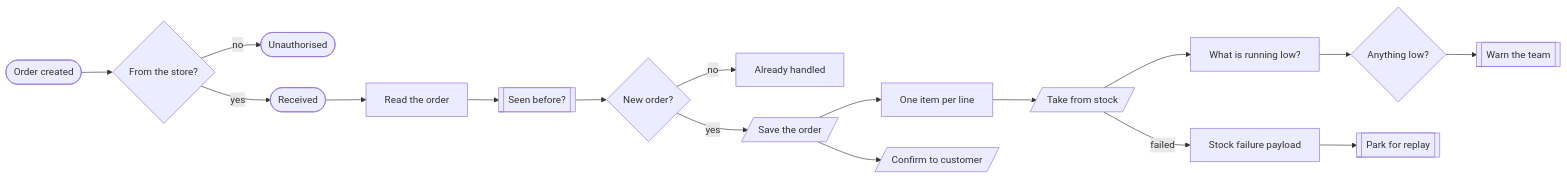
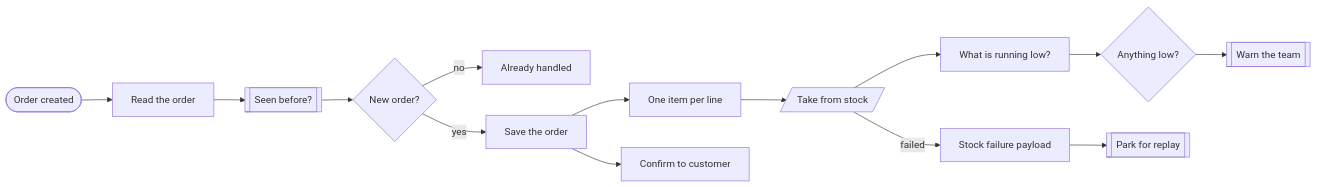
The first of 3 diagrams in systems/order-ops/README.md (kimjoshuadr/n8n-workflows), drawn with Mermaid before and after one commit. The commit also changed other lines of this file and 184 other files, not shown here.

Commit message:
Finish the move to named platforms: blocks, BambooHR, generated README, schema and platform marks

````diff
--- a/systems/order-ops/README.md
+++ b/systems/order-ops/README.md
@@ -23,36 +21,30 @@
 ```mermaid
 flowchart LR
   n1ypkhn3(["Order created"])
-  n1uof1h8{"From the store?"}
-  n1e1tmj8(["Unauthorised"])
-  n1qknxu0(["Received"])
   ns0tdo["Read the order"]
   n1ja4syq[["Seen before?"]]
   n1b5lu3c{"New order?"}
   n15km3ql["Already handled"]
-  nqxt49v[/"Save the order"/]
+  nqxt49v["Save the order"]
   n143fbb7["One item per line"]
   n1g5ya8i[/"Take from stock"/]
   nb8df3h["What is running low?"]
   nqldyma{"Anything low?"}
   ndsvqkf[["Warn the team"]]
-  n1uy6t4s[/"Confirm to customer"/]
+  n1uy6t4s["Confirm to customer"]
   ntc51d3["Stock failure payload"]
   naa7b4d[["Park for replay"]]
-  n1ypkhn3 --> n1uof1h8
-  n1uof1h8 -->|yes| n1qknxu0
-  n1qknxu0 --> ns0tdo
+  n1ypkhn3 --> ns0tdo
   ns0tdo --> n1ja4syq
   n1ja4syq --> n1b5lu3c
   n1b5lu3c -->|yes| nqxt49v
   nqxt49v --> n143fbb7
   n143fbb7 --> n1g5ya8i
   n1g5ya8i --> nb8df3h
   nb8df3h --> nqldyma
   nqldyma --> ndsvqkf
-  n1uof1h8 -->|no| n1e1tmj8
   n1b5lu3c -->|no| n15km3ql
   nqxt49v --> n1uy6t4s
   n1g5ya8i -->|failed| ntc51d3
   ntc51d3 --> naa7b4d
 ```
````
